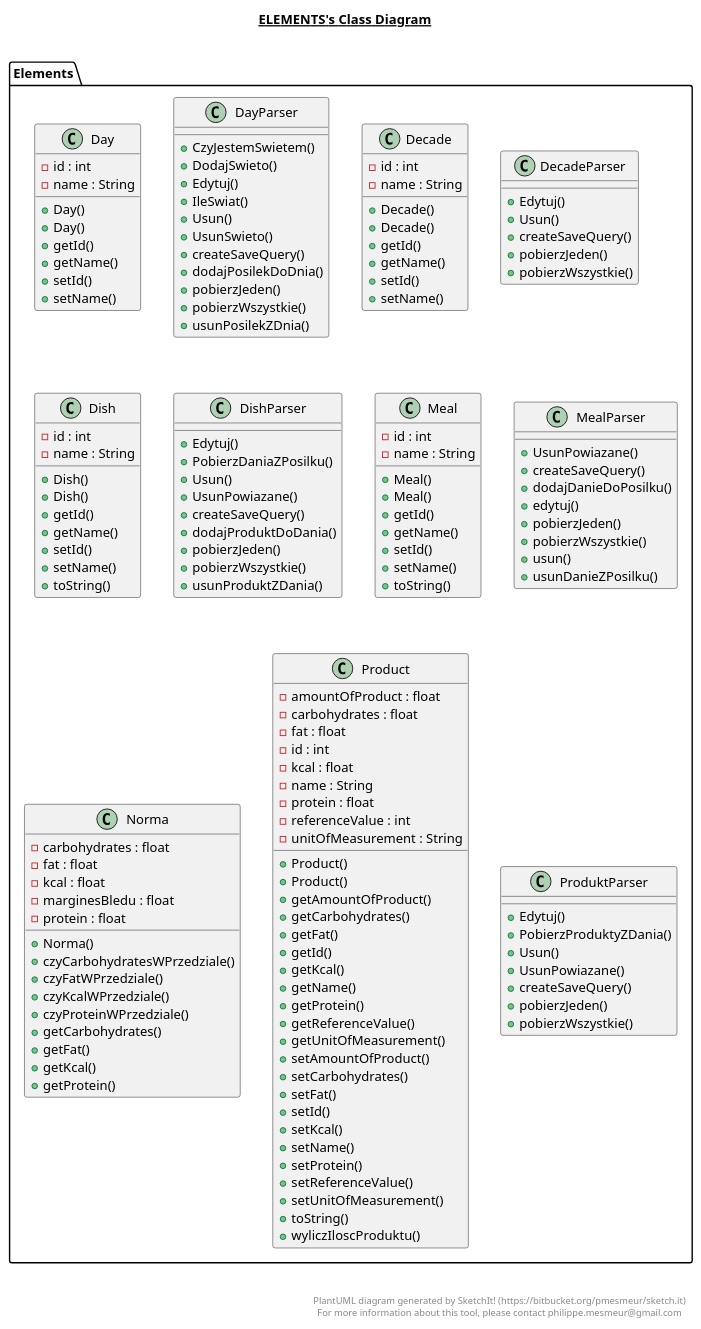
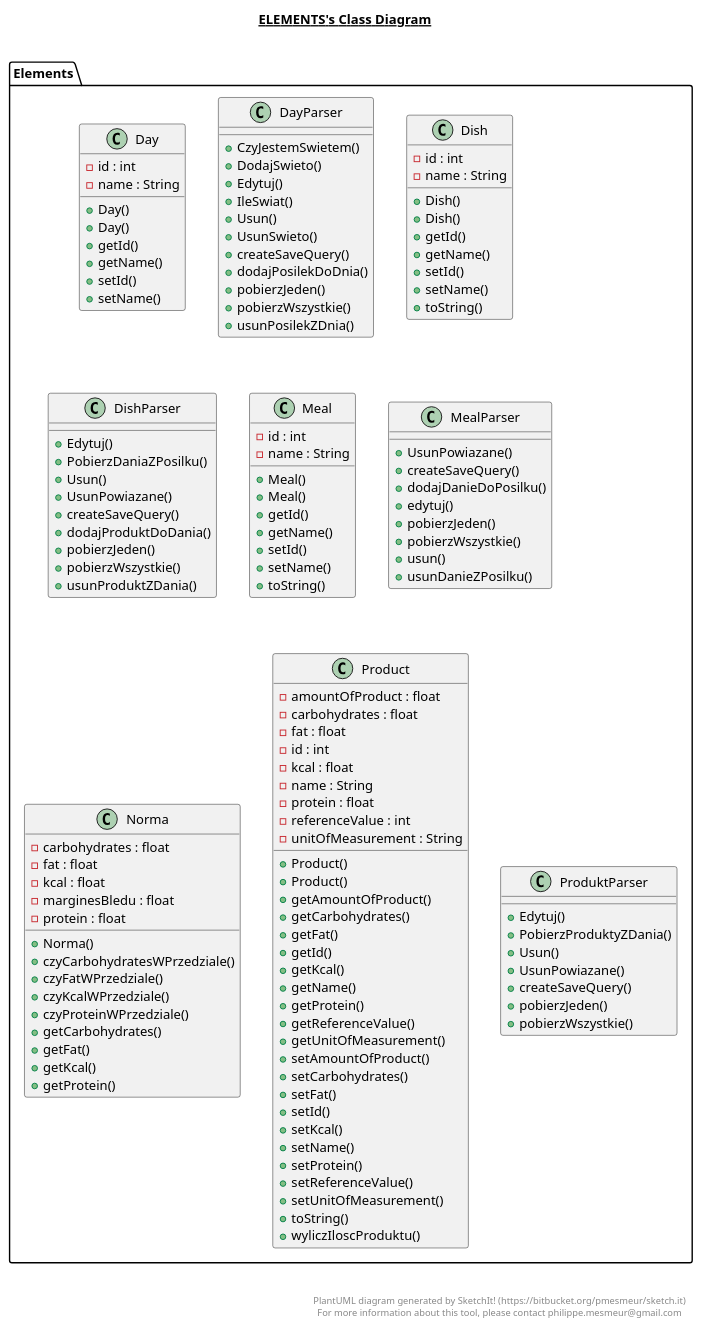
The diagram in src/Elements/Elements.plantuml (latac/diploma-code), drawn with PlantUML before and after one commit. The commit also changed 27 other files, not shown here.

```diff
--- a/src/Elements/Elements.plantuml
+++ b/src/Elements/Elements.plantuml
@@ -1,199 +1,174 @@
 @startuml
 
 title __ELEMENTS's Class Diagram__\n
 
   namespace Elements {
     class Elements.Day {
         - id : int
         - name : String
         + Day()
         + Day()
         + getId()
         + getName()
         + setId()
         + setName()
     }
   }
   
 
   namespace Elements {
     class Elements.DayParser {
         + CzyJestemSwietem()
         + DodajSwieto()
         + Edytuj()
         + IleSwiat()
         + Usun()
         + UsunSwieto()
         + createSaveQuery()
         + dodajPosilekDoDnia()
         + pobierzJeden()
         + pobierzWszystkie()
         + usunPosilekZDnia()
-    }
-  }
-  
-
-  namespace Elements {
-    class Elements.Decade {
-        - id : int
-        - name : String
-        + Decade()
-        + Decade()
-        + getId()
-        + getName()
-        + setId()
-        + setName()
-    }
-  }
-  
-
-  namespace Elements {
-    class Elements.DecadeParser {
-        + Edytuj()
-        + Usun()
-        + createSaveQuery()
-        + pobierzJeden()
-        + pobierzWszystkie()
     }
   }
   
 
   namespace Elements {
     class Elements.Dish {
         - id : int
         - name : String
         + Dish()
         + Dish()
         + getId()
         + getName()
         + setId()
         + setName()
         + toString()
     }
   }
   
 
   namespace Elements {
     class Elements.DishParser {
         + Edytuj()
         + PobierzDaniaZPosilku()
         + Usun()
         + UsunPowiazane()
         + createSaveQuery()
         + dodajProduktDoDania()
         + pobierzJeden()
         + pobierzWszystkie()
         + usunProduktZDania()
     }
   }
   
 
   namespace Elements {
     class Elements.Meal {
         - id : int
         - name : String
         + Meal()
         + Meal()
         + getId()
         + getName()
         + setId()
         + setName()
         + toString()
     }
   }
   
 
   namespace Elements {
     class Elements.MealParser {
         + UsunPowiazane()
         + createSaveQuery()
         + dodajDanieDoPosilku()
         + edytuj()
         + pobierzJeden()
         + pobierzWszystkie()
         + usun()
         + usunDanieZPosilku()
     }
   }
   
 
   namespace Elements {
     class Elements.Norma {
         - carbohydrates : float
         - fat : float
         - kcal : float
         - marginesBledu : float
         - protein : float
         + Norma()
         + czyCarbohydratesWPrzedziale()
         + czyFatWPrzedziale()
         + czyKcalWPrzedziale()
         + czyProteinWPrzedziale()
         + getCarbohydrates()
         + getFat()
         + getKcal()
         + getProtein()
     }
   }
   
 
   namespace Elements {
     class Elements.Product {
         - amountOfProduct : float
         - carbohydrates : float
         - fat : float
         - id : int
         - kcal : float
         - name : String
         - protein : float
         - referenceValue : int
         - unitOfMeasurement : String
         + Product()
         + Product()
         + getAmountOfProduct()
         + getCarbohydrates()
         + getFat()
         + getId()
         + getKcal()
         + getName()
         + getProtein()
         + getReferenceValue()
         + getUnitOfMeasurement()
         + setAmountOfProduct()
         + setCarbohydrates()
         + setFat()
         + setId()
         + setKcal()
         + setName()
         + setProtein()
         + setReferenceValue()
         + setUnitOfMeasurement()
         + toString()
         + wyliczIloscProduktu()
     }
   }
   
 
   namespace Elements {
     class Elements.ProduktParser {
         + Edytuj()
         + PobierzProduktyZDania()
         + Usun()
         + UsunPowiazane()
         + createSaveQuery()
         + pobierzJeden()
         + pobierzWszystkie()
     }
   }
   
 
 
 
 right footer
 
 
 PlantUML diagram generated by SketchIt! (https://bitbucket.org/pmesmeur/sketch.it)
 For more information about this tool, please contact philippe.mesmeur@gmail.com
 endfooter
 
 @enduml
```
